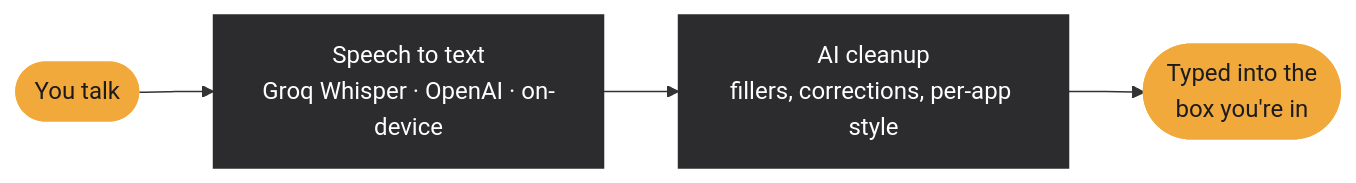
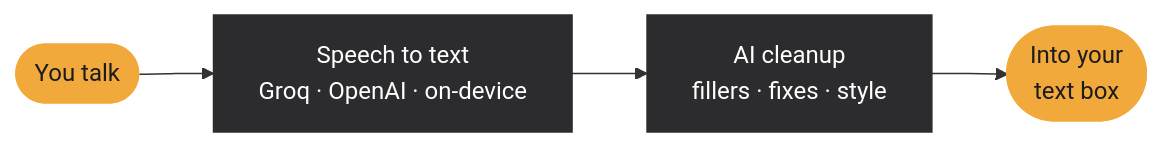
One commit to sidewinderzz/tokalot changed the diagram in README.md. Above: the diagram before and after it, drawn with Mermaid.

Commit message:
README: tighter diagram labels
Claude-Session: https://claude.ai/code/session_01HtzZVCoAZmno9t2AKyR1tY

````diff
--- a/README.md
+++ b/README.md
@@ -26,10 +26,10 @@
 ```mermaid
 flowchart LR
-    A(["You talk"]) --> B["Speech to text<br/>Groq Whisper · OpenAI · on-device"]
-    B --> C["AI cleanup<br/>fillers, corrections, per-app style"]
-    C --> D(["Typed into the<br/>box you're in"])
+    A(["You talk"]) --> B["Speech to text<br/>Groq · OpenAI · on-device"]
+    B --> C["AI cleanup<br/>fillers · fixes · style"]
+    C --> D(["Into your<br/>text box"])
     classDef accent fill:#F2A93B,stroke:#F2A93B,color:#1C1C1E
     classDef step fill:#2C2C2E,stroke:#2C2C2E,color:#FFFFFF
     class A,D accent
     class B,C step
 ```
````
